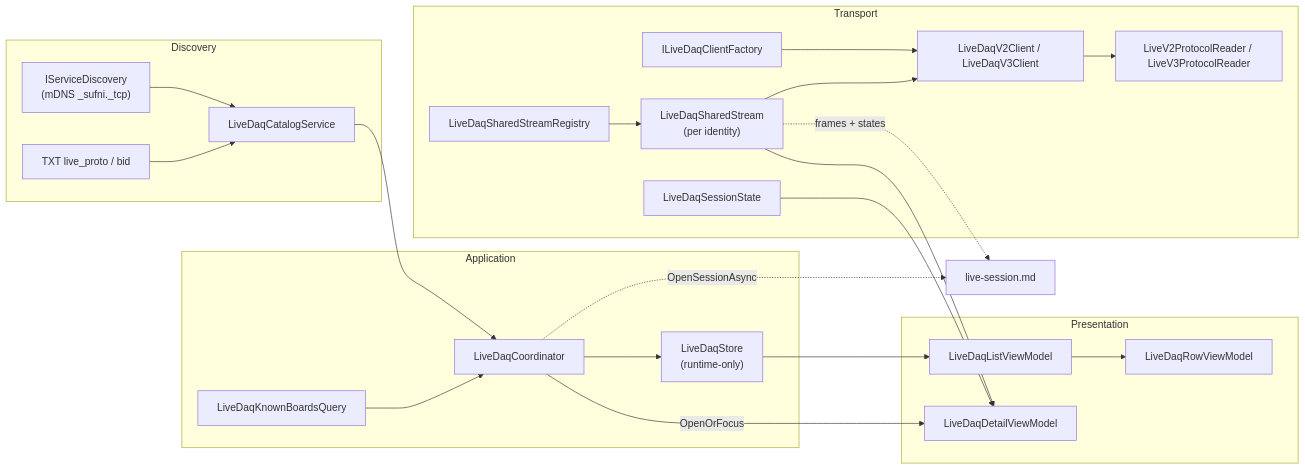
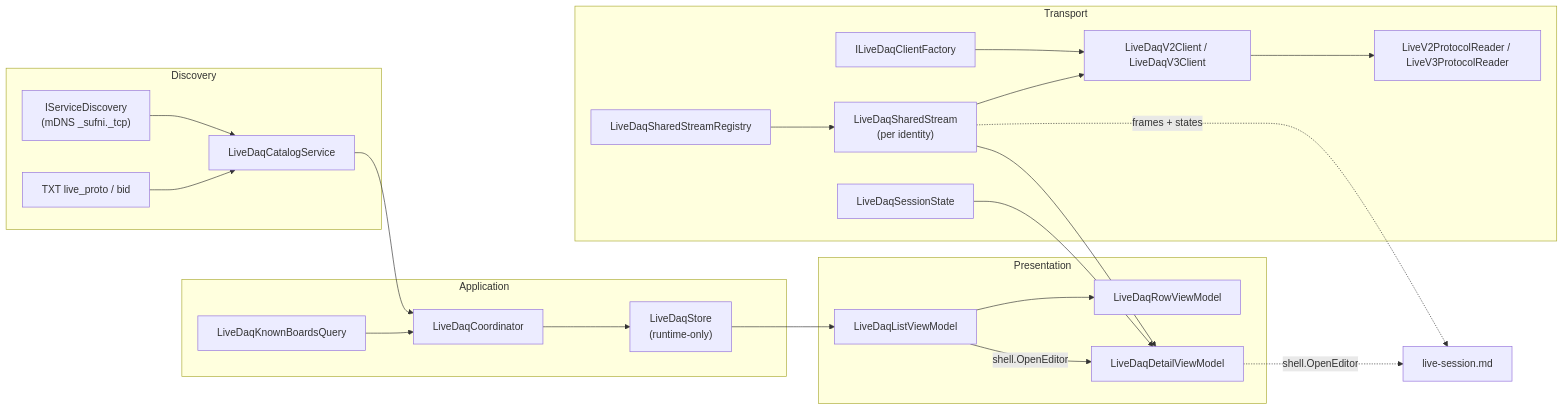
The diagram in docs/architecture/live-streaming.md (MoridinBG/Sufni.app), drawn with Mermaid before and after one commit. The commit also changed other lines of this file and 67 other files, not shown here.

Commit message:
Move editor creation and navigation into the shell

````diff
--- a/docs/architecture/live-streaming.md
+++ b/docs/architecture/live-streaming.md
@@ -27,46 +27,46 @@
 ```mermaid
 graph LR
     subgraph Discovery
         mDNS["IServiceDiscovery<br/>(mDNS _sufni._tcp)"]
         Txt["TXT live_proto / bid"]
         Catalog["LiveDaqCatalogService"]
     end
 
     subgraph Application
         Query["LiveDaqKnownBoardsQuery"]
         Coord["LiveDaqCoordinator"]
         Store["LiveDaqStore<br/>(runtime-only)"]
     end
 
     subgraph Transport
       Registry["LiveDaqSharedStreamRegistry"]
       Shared["LiveDaqSharedStream<br/>(per identity)"]
       Factory["ILiveDaqClientFactory"]
       Client["LiveDaqV2Client / LiveDaqV3Client"]
         Reader["LiveV2ProtocolReader / LiveV3ProtocolReader"]
       Session["LiveDaqSessionState"]
     end
 
     subgraph Presentation
         ListVM["LiveDaqListViewModel"]
         RowVM["LiveDaqRowViewModel"]
         DetailVM["LiveDaqDetailViewModel"]
     end
 
     mDNS --> Catalog
     Txt --> Catalog
     Catalog --> Coord
     Query --> Coord
     Coord --> Store
     Store --> ListVM
     ListVM --> RowVM
-    Coord -->|"OpenOrFocus"| DetailVM
-    Coord -. "OpenSessionAsync" .-> LiveSession["live-session.md"]
+    ListVM -->|"shell.OpenEditor"| DetailVM
+    DetailVM -. "shell.OpenEditor" .-> LiveSession["live-session.md"]
     Registry --> Shared
     Factory --> Client
     Client --> Reader
     Shared --> Client
     Shared --> DetailVM
     Shared -. "frames + states" .-> LiveSession
     Session --> DetailVM
 ```
````
